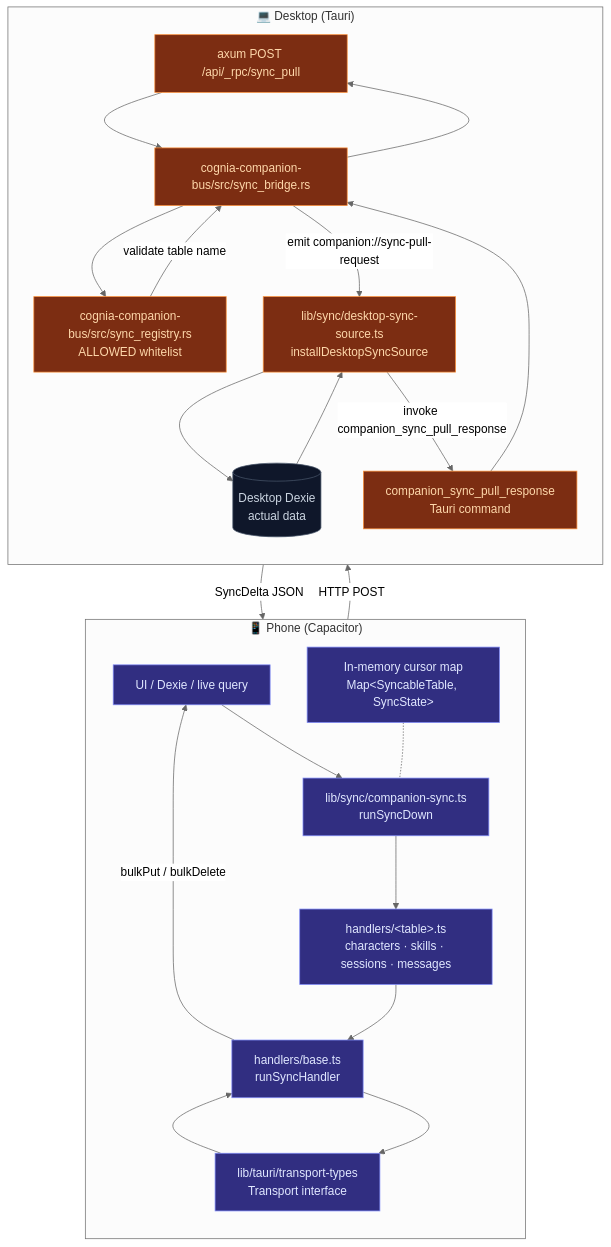
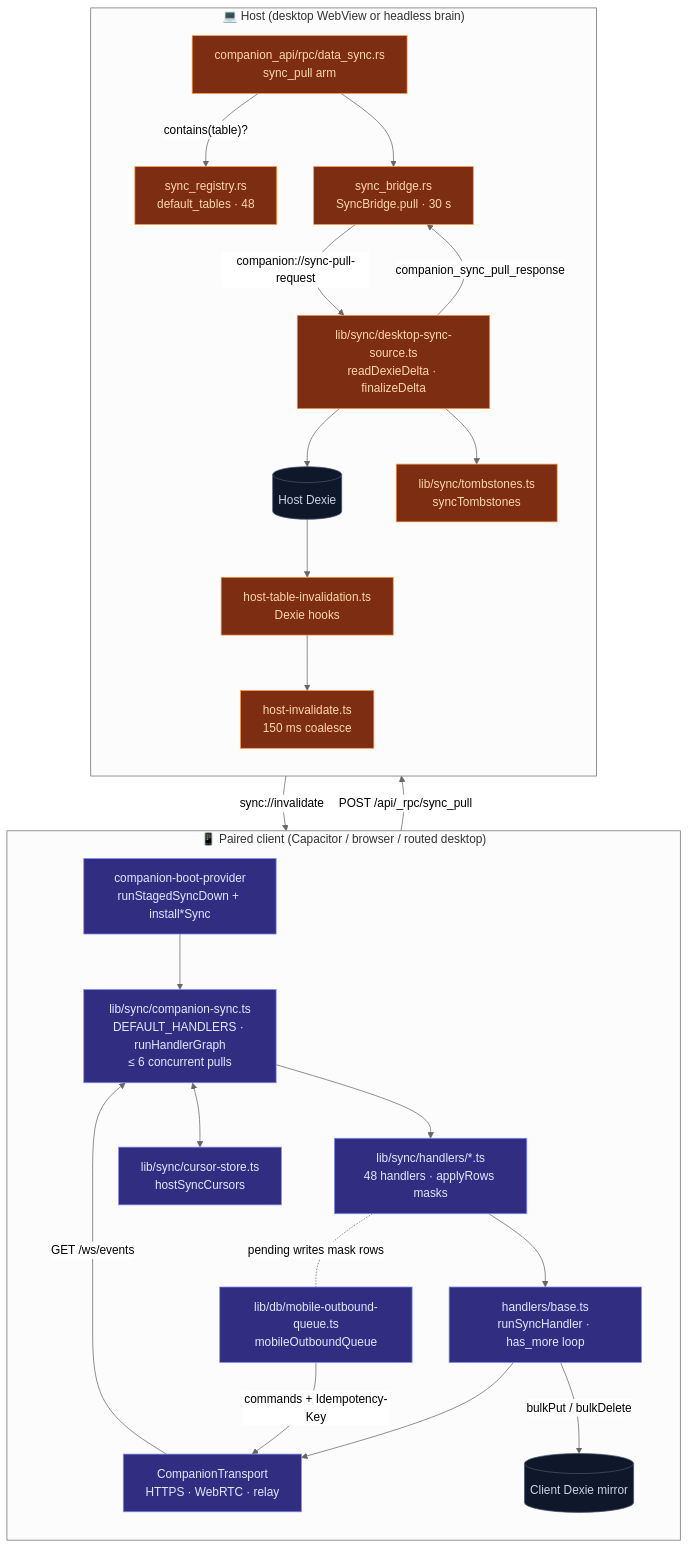
One commit to MaxQian888/cognia-next changed the first of 2 diagrams in docs/content/docs/en/data/sync-system.mdx. Above: the diagram before and after it, drawn with Mermaid (neutral theme). The commit also changed other lines of this file and 4 other files, not shown here.

````diff
--- a/docs/content/docs/en/data/sync-system.mdx
+++ b/docs/content/docs/en/data/sync-system.mdx
@@ -42,48 +52,49 @@
 ```mermaid
 flowchart TB
-  subgraph Phone["📱 Phone (Capacitor)"]
+  subgraph Client["📱 Paired client (Capacitor / browser / routed desktop)"]
     direction TB
-    PhoneUI[UI / Dexie / live query]
-    PhoneSync[lib/sync/companion-sync.ts<br/>runSyncDown]
-    Handlers[handlers/&lt;table&gt;.ts<br/>characters · skills · sessions · messages]
-    Base[handlers/base.ts<br/>runSyncHandler]
-    Transport[lib/tauri/transport-types<br/>Transport interface]
-    Cursors[In-memory cursor map<br/>Map&lt;SyncableTable, SyncState&gt;]
+    Boot[companion-boot-provider<br/>runStagedSyncDown + install*Sync]
+    Orch[lib/sync/companion-sync.ts<br/>DEFAULT_HANDLERS · runHandlerGraph<br/>≤ 6 concurrent pulls]
+    Handlers[lib/sync/handlers/*.ts<br/>48 handlers · applyRows masks]
+    Base[handlers/base.ts<br/>runSyncHandler · has_more loop]
+    CursorStore[lib/sync/cursor-store.ts<br/>hostSyncCursors]
+    Outbound[lib/db/mobile-outbound-queue.ts<br/>mobileOutboundQueue]
+    Transport[CompanionTransport<br/>HTTPS · WebRTC · relay]
+    Mirror[(Client Dexie mirror)]
   end
 
-  subgraph Desktop["💻 Desktop (Tauri)"]
+  subgraph Host["💻 Host (desktop WebView or headless brain)"]
     direction TB
-    DeskHTTP[axum POST /api/_rpc/sync_pull]
-    Bridge[cognia-companion-bus/src/sync_bridge.rs]
-    Registry[cognia-companion-bus/src/sync_registry.rs<br/>ALLOWED whitelist]
-    Source[lib/sync/desktop-sync-source.ts<br/>installDesktopSyncSource]
-    Dexie[(Desktop Dexie<br/>actual data)]
-    RespCmd[companion_sync_pull_response<br/>Tauri command]
+    RPC[companion_api/rpc/data_sync.rs<br/>sync_pull arm]
+    Registry[sync_registry.rs<br/>default_tables · 48]
+    Bridge[sync_bridge.rs<br/>SyncBridge.pull · 30 s]
+    Source[lib/sync/desktop-sync-source.ts<br/>readDexieDelta · finalizeDelta]
+    Tomb[lib/sync/tombstones.ts<br/>syncTombstones]
+    Hooks[host-table-invalidation.ts<br/>Dexie hooks]
+    Inval[host-invalidate.ts<br/>150 ms coalesce]
+    HostDexie[(Host Dexie)]
   end
 
-  PhoneUI --> PhoneSync
-  PhoneSync --> Handlers
-  Handlers --> Base
-  Base --> Transport
-  Transport -- "HTTP POST" --> DeskHTTP
-  DeskHTTP --> Bridge
-  Bridge --> Registry
-  Registry -- "validate table name" --> Bridge
-  Bridge -- "emit companion://sync-pull-request" --> Source
-  Source --> Dexie
-  Dexie --> Source
-  Source -- "invoke companion_sync_pull_response" --> RespCmd
-  RespCmd --> Bridge
-  Bridge --> DeskHTTP
-  DeskHTTP -- "SyncDelta JSON" --> Transport
-  Transport --> Base
-  Base -- "bulkPut / bulkDelete" --> PhoneUI
-  Cursors -.- PhoneSync
+  Boot --> Orch --> Handlers --> Base --> Transport
+  Orch <--> CursorStore
+  Base -- "bulkPut / bulkDelete" --> Mirror
+  Handlers -. "pending writes mask rows" .- Outbound
+  Outbound -- "commands + Idempotency-Key" --> Transport
+  Transport -- "POST /api/_rpc/sync_pull" --> RPC
+  RPC -- "contains(table)?" --> Registry
+  RPC --> Bridge
+  Bridge -- "companion://sync-pull-request" --> Source
+  Source --> HostDexie
+  Source --> Tomb
+  Source -- "companion_sync_pull_response" --> Bridge
+  HostDexie --> Hooks --> Inval
+  Inval -- "sync://invalidate" --> Transport
+  Transport -- "GET /ws/events" --> Orch
 
   classDef phone fill:#312e81,stroke:#818cf8,color:#e0e7ff
   classDef desk fill:#7c2d12,stroke:#fb923c,color:#fed7aa
   classDef storage fill:#0f172a,stroke:#475569,color:#cbd5e1
-  class PhoneUI,PhoneSync,Handlers,Base,Transport,Cursors phone
-  class DeskHTTP,Bridge,Registry,Source,RespCmd desk
-  class Dexie storage
+  class Boot,Orch,Handlers,Base,CursorStore,Outbound,Transport phone
+  class RPC,Registry,Bridge,Source,Tomb,Hooks,Inval desk
+  class Mirror,HostDexie storage
 ```
````
